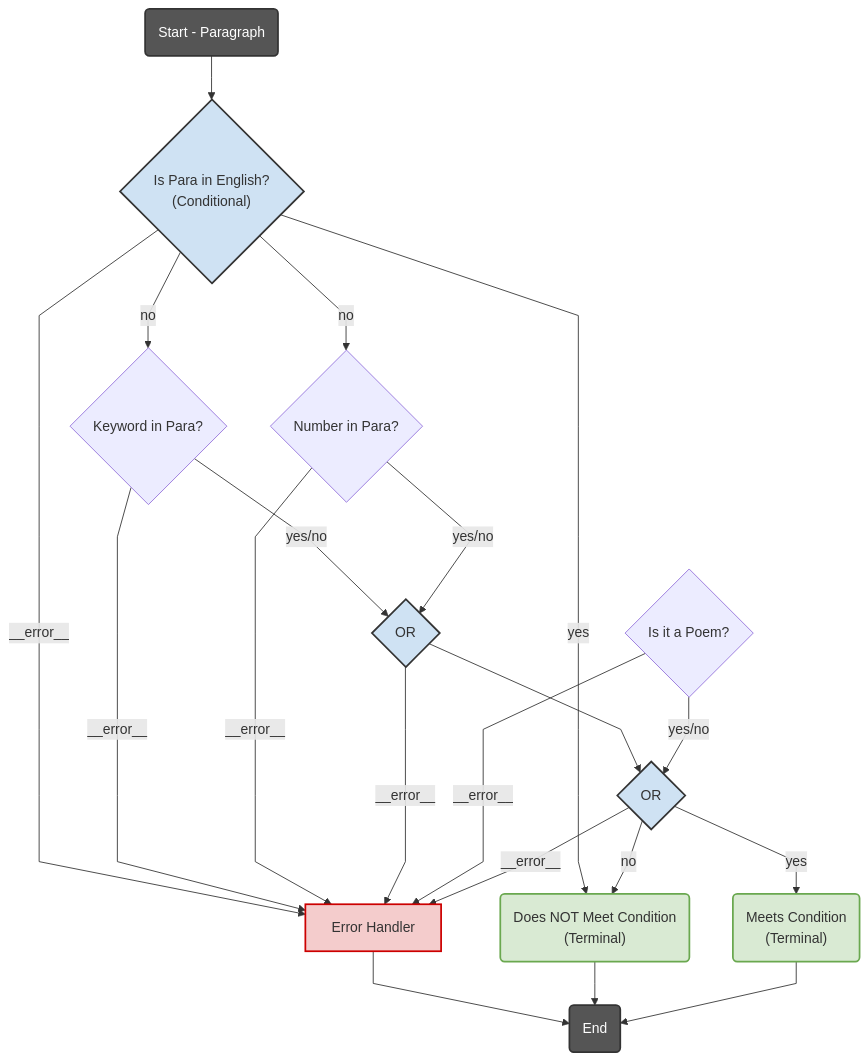
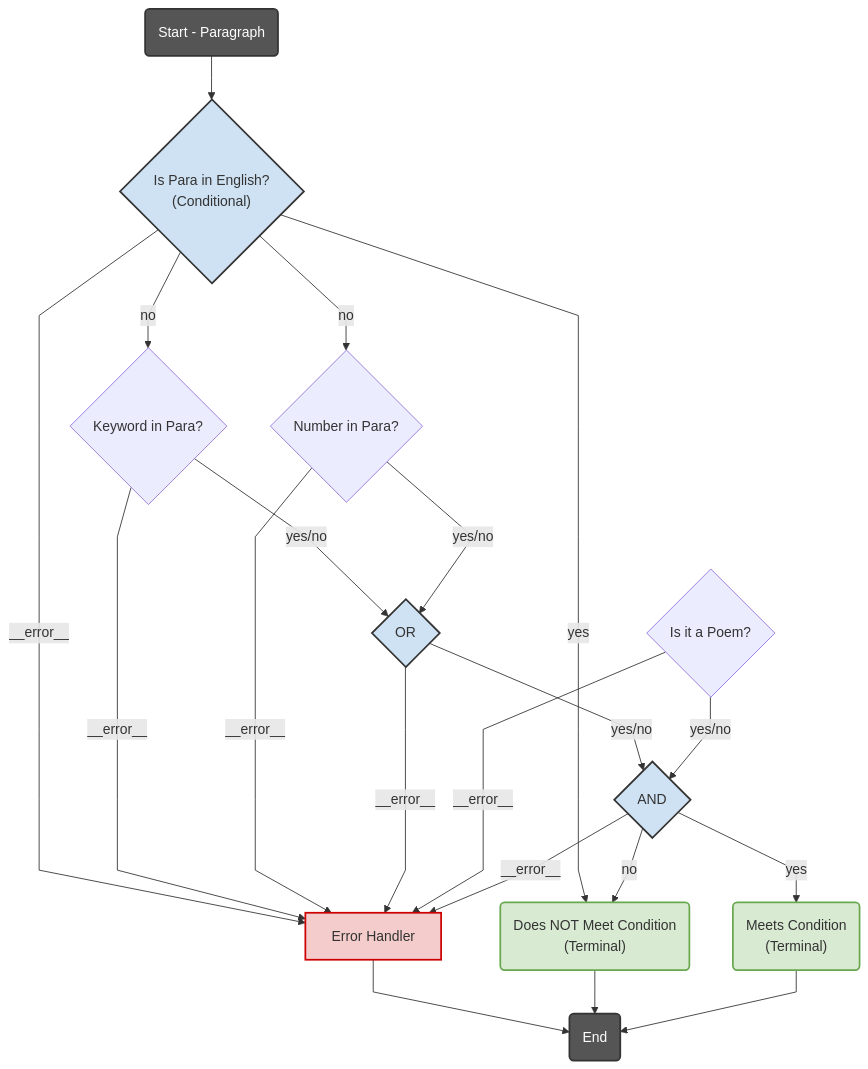
Before and after one commit to wilmandj/langgraph_decision_engine: the diagram in README.md, drawn with Mermaid. The commit also changed other lines of this file, not shown here.

````diff
--- a/README.md
+++ b/README.md
@@ -88,68 +115,68 @@
 ```mermaid
 ---
 config:
   flowchart:
     curve: linear
 ---
 graph TD;
     %% Node Definitions (Simplified Syntax with <br/> and Abstraction)
     __start__("Start - Paragraph"):::startEndNode
     wp_check_is_english{"Is Para in English?<br/>(Conditional)"}:::conditionalNode
     wp_check_word{"Keyword in Para?"}:::unconditionalNode
     wp_check_num{"Number in Para?"}:::unconditionalNode
     wp_check_poem{"Is it a Poem?"}:::unconditionalNode
     wp_check_word_or_num{"OR"}:::conditionalNode
       %% Abstracted Node 1
-    wp_check_final_condition{"OR"}:::conditionalNode
+    wp_check_final_condition{"AND"}:::conditionalNode
       %% Abstracted Node 2 (Represents final AND logic outcome)
     wp_terminal_meets_condition("Meets Condition<br/>(Terminal)"):::terminalNode
     wp_terminal_does_not_meet_condition("Does NOT Meet Condition<br/>(Terminal)"):::terminalNode
     wp_error_handler_complex["Error Handler"]:::errorNode
     __end__("End"):::startEndNode
 
     %% Edges (Connections - Manually Rerouted for Abstraction)
     __start__ --> wp_check_is_english
 
     wp_error_handler_complex --> __end__
     wp_terminal_does_not_meet_condition --> __end__
     wp_terminal_meets_condition --> __end__
 
     %% If English, fails condition
     wp_check_is_english -- "yes" --> wp_terminal_does_not_meet_condition
     %% If not English, check the combined Word/Number condition
     wp_check_is_english -- "no" --> wp_check_word
     wp_check_is_english -- "no" --> wp_check_num
     %% wp_check_is_english -- "no" --> wp_check_word_or_num
     wp_check_is_english -- "__error__" --> wp_error_handler_complex
       %% Error from initial check
 
     wp_check_word -- "yes/no" --> wp_check_word_or_num
     wp_check_word -- "__error__" --> wp_error_handler_complex
     wp_check_num -- "yes/no" --> wp_check_word_or_num
     wp_check_num -- "__error__" --> wp_error_handler_complex
 
     %% After checking Word OR Num, check the final combined condition (including Is Poem?)
-    wp_check_word_or_num --> wp_check_final_condition
+    wp_check_word_or_num -- "yes/no" --> wp_check_final_condition
     wp_check_word_or_num -- "__error__" --> wp_error_handler_complex
       %% Represent potential errors from underlying checks
 
     wp_check_poem -- "yes/no" --> wp_check_final_condition
     wp_check_poem -- "__error__" --> wp_error_handler_complex
 
     %% Route based on the final abstracted condition result
     wp_check_final_condition -- "yes" --> wp_terminal_meets_condition
     wp_check_final_condition -- "no" --> wp_terminal_does_not_meet_condition
     wp_check_final_condition -- "__error__" --> wp_error_handler_complex
       %% Represent potential errors from underlying checks
 
     %% Class Definitions (Styling - Kept the same)
     classDef conditionalNode fill:#cfe2f3,stroke:#333,stroke-width:2px;
     classDef llmNode fill:#d9d2e9,stroke:#333,stroke-width:2px,color:#000000;
     classDef gateNode fill:#fce5cd,stroke:#e69138,stroke-width:2px;
     classDef terminalNode fill:#d9ead3,stroke:#6aa84f,stroke-width:2px;
     classDef actionNode fill:#f3f3f3,stroke:#666,stroke-width:2px,stroke-dasharray: 5 5;
     classDef classificationNode fill:#d0e0e3,stroke:#45818e,stroke-width:2px;
     classDef errorNode fill:#f4cccc,stroke:#cc0000,stroke-width:2px;
     classDef unknownNode fill:#eee,stroke:#333,stroke-width:1px;
     classDef startEndNode fill:#555,stroke:#333,stroke-width:2px,color:#fff;
 ```
````
